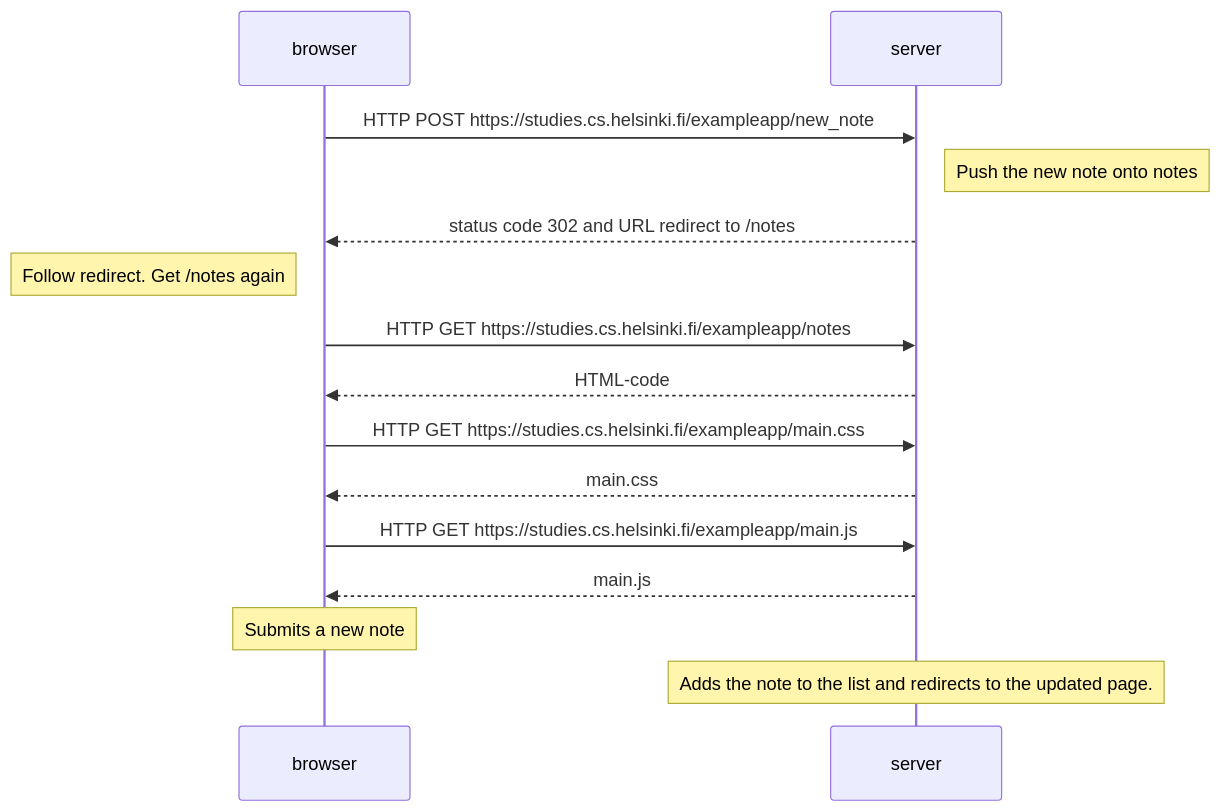
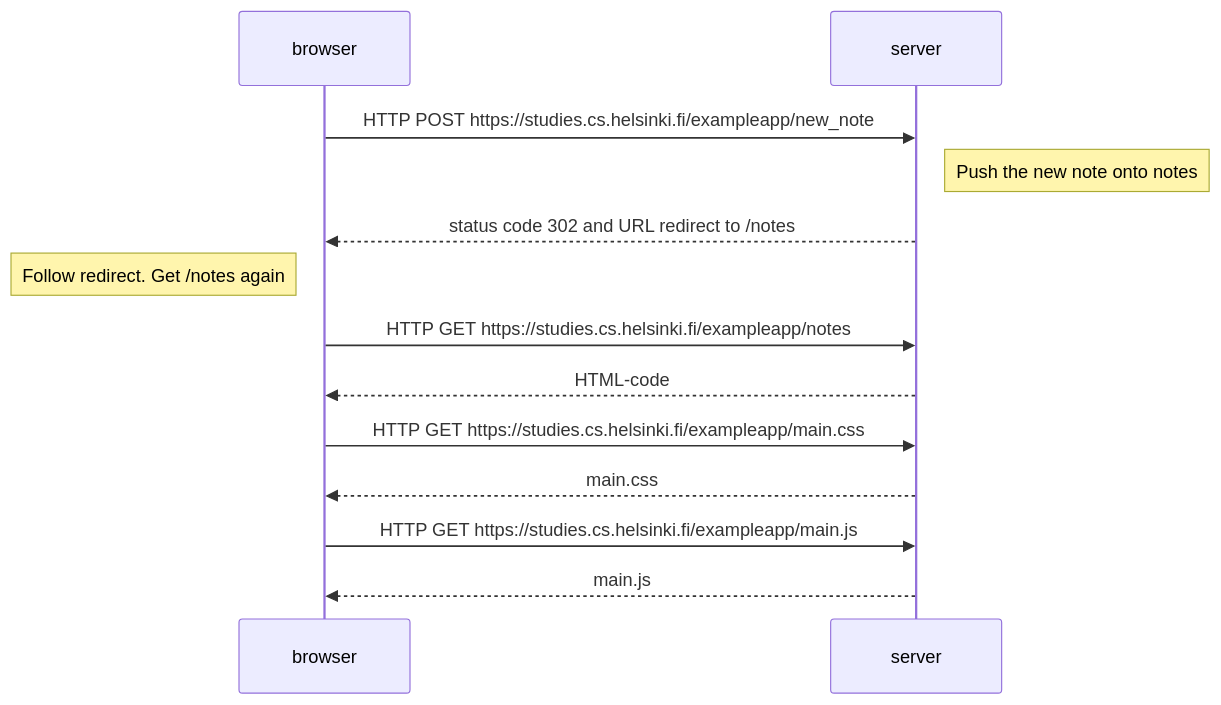
The diagram in ex0_4.md (lydiadunning/FSO), drawn with Mermaid before and after one commit.

````diff
--- a/ex0_4.md
+++ b/ex0_4.md
@@ -5,17 +5,14 @@
 ```mermaid
 sequenceDiagram
 browser->>server: HTTP POST https://studies.cs.helsinki.fi/exampleapp/new_note
 Note right of server: Push the new note onto notes
 server-->>browser: status code 302 and URL redirect to /notes
 Note left of browser: Follow redirect. Get /notes again
 browser->>server: HTTP GET https://studies.cs.helsinki.fi/exampleapp/notes
 server-->>browser: HTML-code
 browser->>server: HTTP GET https://studies.cs.helsinki.fi/exampleapp/main.css
 server-->>browser: main.css
 browser->>server: HTTP GET https://studies.cs.helsinki.fi/exampleapp/main.js
 server-->>browser: main.js
-Note over browser: Submits a new note
-Note over server: Adds the note to the list and redirects to the updated page.
-
 
 ```
````
